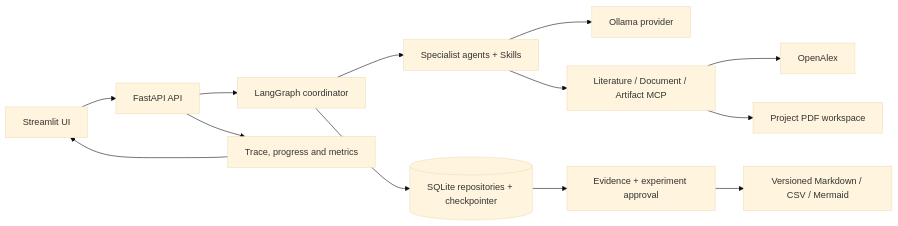
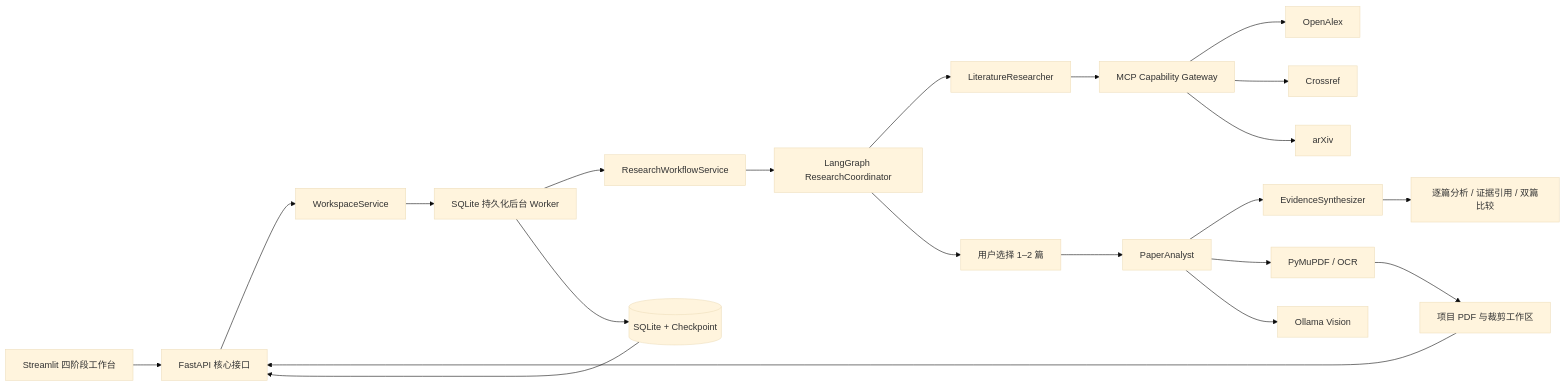
One commit to Askar27531/research_pilot changed the diagram in docs/ARCHITECTURE.md. Above: the diagram before and after it, drawn with Mermaid (base theme). The commit also changed other lines of this file and 126 other files, not shown here.

First line of the commit message:
Refactor: converge REST API onto workspace-first core routes

````diff
--- a/docs/ARCHITECTURE.md
+++ b/docs/ARCHITECTURE.md
@@ -3,15 +3,23 @@
 ```mermaid
 flowchart LR
-  UI[Streamlit UI] --> API[FastAPI API]
-  API --> GRAPH[LangGraph coordinator]
-  GRAPH --> AGENTS[Specialist agents + Skills]
-  AGENTS --> LM[Ollama provider]
-  AGENTS --> MCP[Literature / Document / Artifact MCP]
+  UI[Streamlit 四阶段工作台] --> API[FastAPI 核心接口]
+  API --> WSVC[WorkspaceService]
+  WSVC --> WORKER[SQLite 持久化后台 Worker]
+  WORKER --> RSVC[ResearchWorkflowService]
+  RSVC --> GRAPH[LangGraph ResearchCoordinator]
+  GRAPH --> LIT[LiteratureResearcher]
+  GRAPH --> SELECT[用户选择 1–2 篇]
+  SELECT --> ANALYST[PaperAnalyst]
+  ANALYST --> SYNTH[EvidenceSynthesizer]
+  LIT --> MCP[MCP Capability Gateway]
   MCP --> OA[OpenAlex]
-  GRAPH --> DB[(SQLite repositories + checkpointer)]
-  MCP --> WS[Project PDF workspace]
-  DB --> EV[Evidence + experiment approval]
-  EV --> ART[Versioned Markdown / CSV / Mermaid]
-  API --> TRACE[Trace, progress and metrics]
-  TRACE --> UI
+  MCP --> CR[Crossref]
+  MCP --> AX[arXiv]
+  ANALYST --> PDF[PyMuPDF / OCR]
+  ANALYST --> VLM[Ollama Vision]
+  SYNTH --> OUTPUT[逐篇分析 / 证据引用 / 双篇比较]
+  WORKER --> DB[(SQLite + Checkpoint)]
+  PDF --> WS[项目 PDF 与裁剪工作区]
+  DB --> API
+  WS --> API
 ```
````
